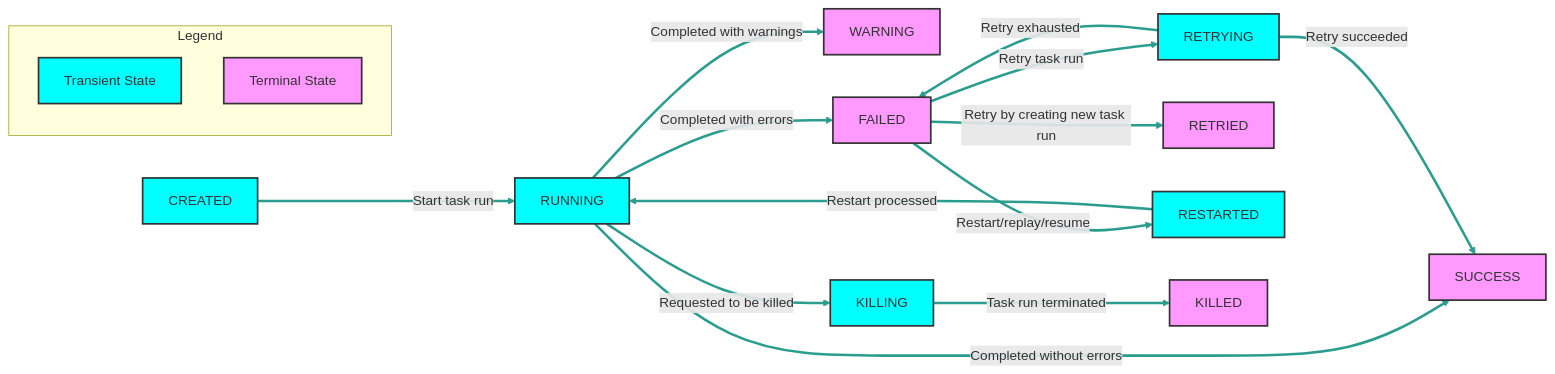
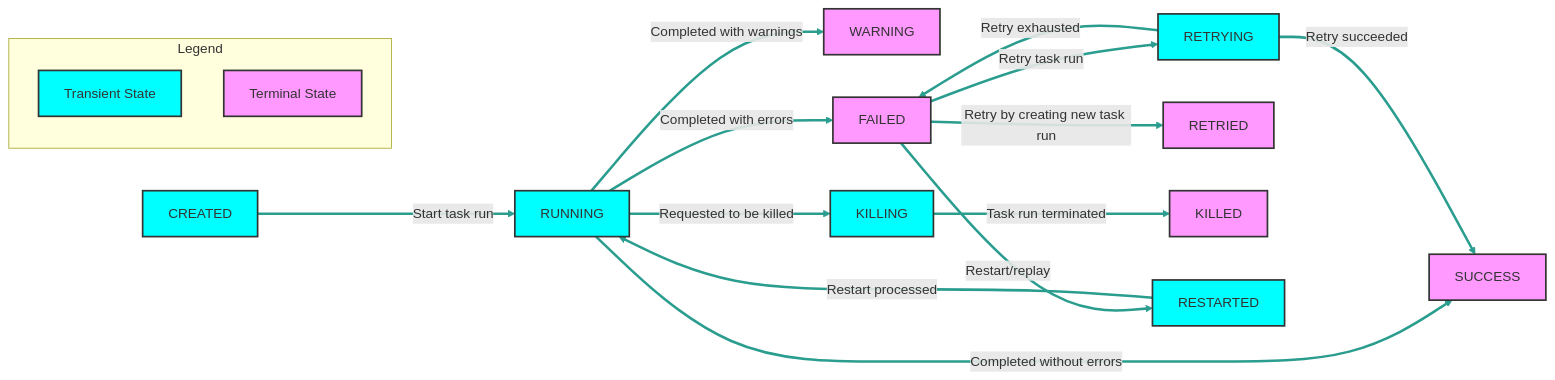
Before and after one commit to kestra-io/docs: the second of 2 diagrams in src/contents/docs/05.workflow-components/17.states/index.md, drawn with Mermaid.

Commit message:
docs: update task run states diagram

````diff
--- a/src/contents/docs/05.workflow-components/17.states/index.md
+++ b/src/contents/docs/05.workflow-components/17.states/index.md
@@ -109,29 +109,29 @@
 ```mermaid
 graph LR;
     classDef transient fill:#0ff,stroke:#333,stroke-width:2px;
     classDef terminal fill:#f9f,stroke:#333,stroke-width:2px;
 
     subgraph Legend
         direction TB
         L1[Transient State]:::transient
         L2[Terminal State]:::terminal
     end
 
     A[CREATED] -->| Start task run | B[RUNNING]
     B -->| Completed without errors | C[SUCCESS]
     B -->| Completed with warnings | D[WARNING]
     B -->| Completed with errors | E[FAILED]
     E -->| Retry task run | F[RETRYING]
     F -->| Retry succeeded | C[SUCCESS]
     F -->| Retry exhausted | E[FAILED]
     E -->| Retry by creating new task run | G[RETRIED]
-    E -->| Restart/replay/resume | H[RESTARTED]
-    H -->| Restart processed | B[RUNNING]
-    B -->| Requested to be killed | I[KILLING]
-    I -->| Task run terminated | J[KILLED]
+    B -->| Requested to be killed | H[KILLING]
+    H -->| Task run terminated | I[KILLED]
+    E -->| Restart/replay | J[RESTARTED]
+    J -->| Restart processed | B[RUNNING]
 
-    class A,B,F,H,I transient;
-    class C,D,E,G,J terminal;
+    class A,B,F,H,J transient;
+    class C,D,E,G,I terminal;
 
     linkStyle 0,1,2,3,4,5,6,7,8,9,10,11 stroke:#2a9d8f, stroke-width:3px;
 ```
````
